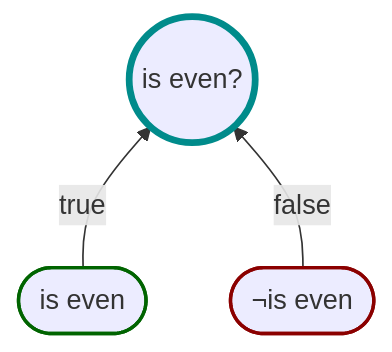
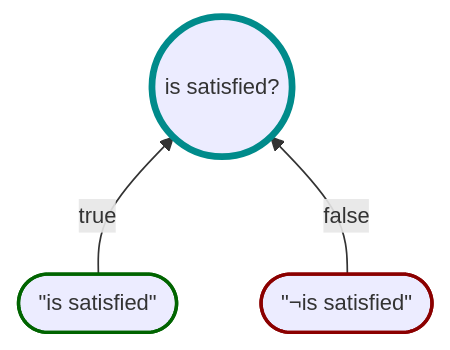
Before and after one commit to karlssberg/Motiv: the diagram in tutorial/MinimalProposition.md, drawn with Mermaid. The commit also changed other lines of this file and 161 other files, not shown here.

Commit message:
Added policy fluent builder methods/propositions that permit accessing the BooleanResultBase in the WhenTrue/WhenFalse/WhenTrueYield/WhenFalseYield Deprecated the Metadata property for a property called Values.

````diff
--- a/tutorial/MinimalProposition.md
+++ b/tutorial/MinimalProposition.md
@@ -5,9 +4,10 @@
 ```mermaid
+%%{init: { 'themeVariables': { 'fontSize': '13px' }}}%%
 flowchart BT
-    True([is even]) -->|true| P((is even?))
-    False([¬is even]) -->|false| P
+    True(["&quot;is satisfied&quot;"]) -->|true| P((is satisfied?))
+    False(["&quot;¬is satisfied&quot;"]) -->|false| P
 
     style P stroke:darkcyan,stroke-width:4px
     style True stroke:darkgreen,stroke-width:2px
     style False stroke:darkred,stroke-width:2px
 ```
````
